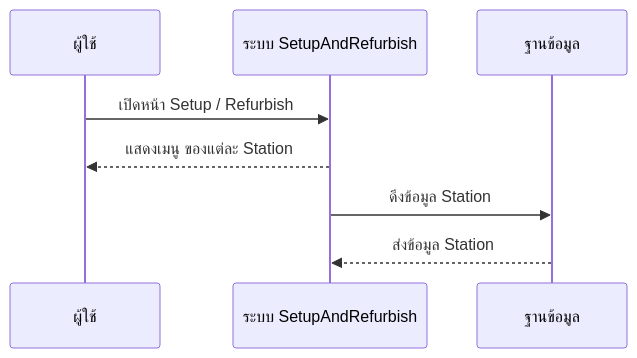
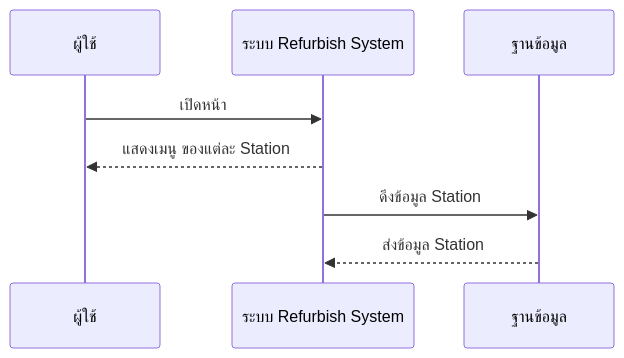
The first of 2 diagrams in docs/SetupAndRefurbish_SequenceDiagram.md (akkdach/pro-iot-mobile), drawn with Mermaid before and after one commit. The commit also changed 10 other files, not shown here.

````diff
--- a/docs/SetupAndRefurbish_SequenceDiagram.md
+++ b/docs/SetupAndRefurbish_SequenceDiagram.md
@@ -5,11 +5,11 @@
 ```mermaid
 sequenceDiagram
     participant U as ผู้ใช้
-    participant SR as ระบบ SetupAndRefurbish
+    participant SR as ระบบ Refurbish System
     participant DB as ฐานข้อมูล
 
-    U->>SR: เปิดหน้า Setup / Refurbish
+    U->>SR: เปิดหน้า 
     SR-->>U: แสดงเมนู ของแต่ละ Station
     SR->>DB: ดึงข้อมูล Station
     DB-->>SR: ส่งข้อมูล Station
 ```
````
